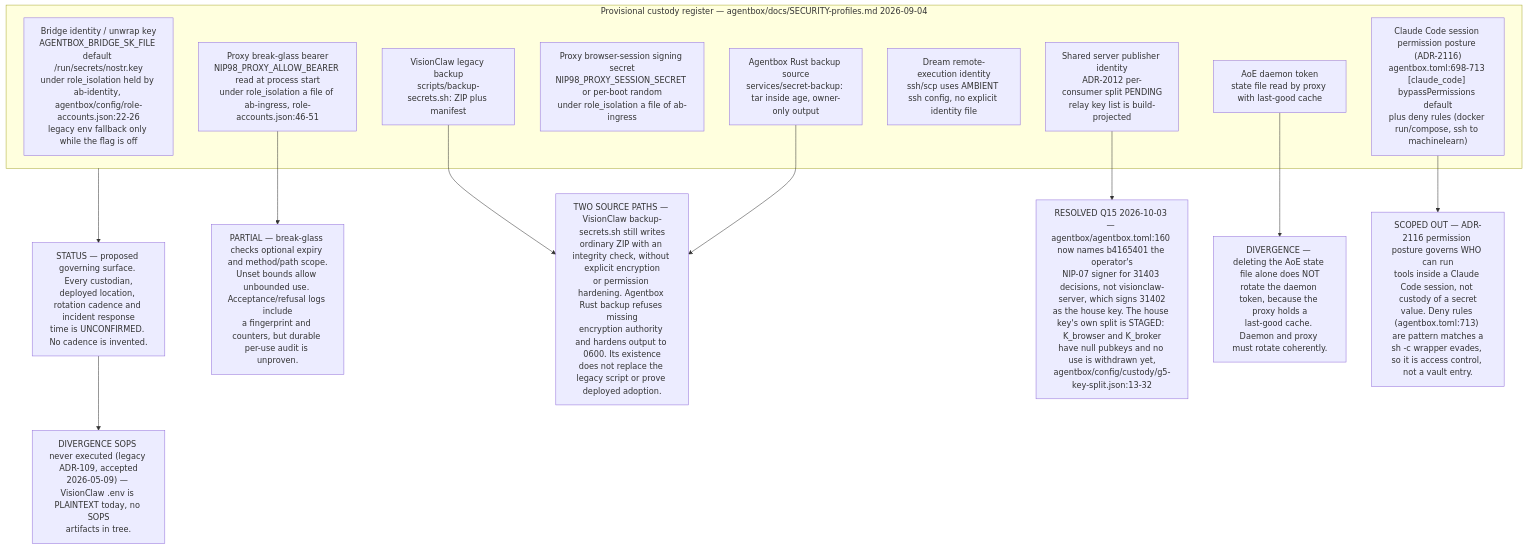
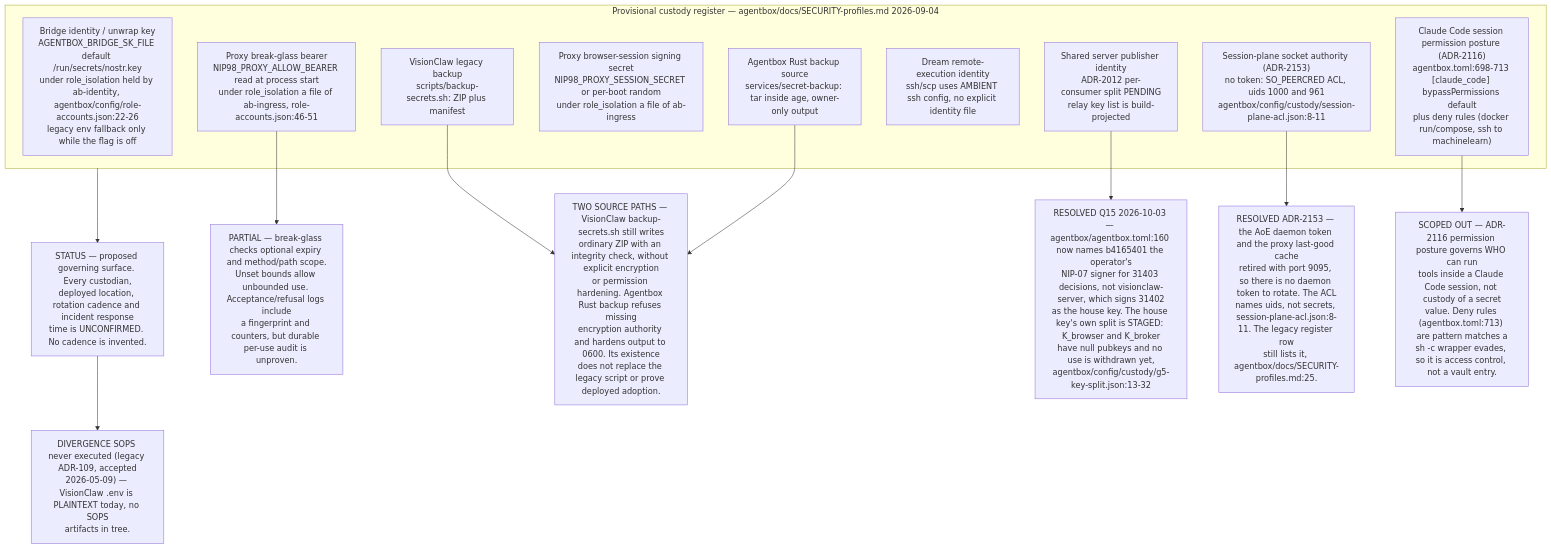
The ninth of 11 diagrams in docs/diagrams/estate/10-deployment-and-security-profiles.md (DreamLab-AI/VisionFlow), drawn with Mermaid before and after one commit. The commit also changed other lines of this file and 145 other files, not shown here.

````diff
--- a/docs/diagrams/estate/10-deployment-and-security-profiles.md
+++ b/docs/diagrams/estate/10-deployment-and-security-profiles.md
@@ -361,30 +362,30 @@
 ```mermaid
 flowchart TB
     subgraph reg["Provisional custody register — agentbox/docs/SECURITY-profiles.md 2026-09-04"]
         C1["Bridge identity / unwrap key<br/>AGENTBOX_BRIDGE_SK_FILE default /run/secrets/nostr.key<br/>under role_isolation held by ab-identity, agentbox/config/role-accounts.json:22-26<br/>legacy env fallback only while the flag is off"]
         C2["Shared server publisher identity<br/>ADR-2012 per-consumer split PENDING<br/>relay key list is build-projected"]
         C3["Proxy break-glass bearer<br/>NIP98_PROXY_ALLOW_BEARER read at process start<br/>under role_isolation a file of ab-ingress, role-accounts.json:46-51"]
         C4["Proxy browser-session signing secret<br/>NIP98_PROXY_SESSION_SECRET or per-boot random<br/>under role_isolation a file of ab-ingress"]
-        C5["AoE daemon token<br/>state file read by proxy with last-good cache"]
+        C5["Session-plane socket authority (ADR-2153)<br/>no token: SO_PEERCRED ACL, uids 1000 and 961<br/>agentbox/config/custody/session-plane-acl.json:8-11"]
         C6["Dream remote-execution identity<br/>ssh/scp uses AMBIENT ssh config, no explicit identity file"]
         C7["VisionClaw legacy backup<br/>scripts/backup-secrets.sh: ZIP plus manifest"]
         C8["Agentbox Rust backup source<br/>services/secret-backup: tar inside age, owner-only output"]
         C9["Claude Code session permission posture (ADR-2116)<br/>agentbox.toml:698-713 [claude_code] bypassPermissions default<br/>plus deny rules (docker run/compose, ssh to machinelearn)"]
     end
     ST["STATUS — proposed governing surface. Every custodian,<br/>deployed location, rotation cadence and incident response<br/>time is UNCONFIRMED. No cadence is invented."]
     D1["PARTIAL — break-glass checks optional expiry and method/path scope.<br/>Unset bounds allow unbounded use. Acceptance/refusal logs include<br/>a fingerprint and counters, but durable per-use audit is unproven."]
     D2["TWO SOURCE PATHS — VisionClaw backup-secrets.sh still writes<br/>ordinary ZIP with an integrity check, without explicit encryption<br/>or permission hardening. Agentbox Rust backup refuses missing<br/>encryption authority and hardens output to 0600. Its existence<br/>does not replace the legacy script or prove deployed adoption."]
     D3["RESOLVED Q15 2026-10-03 — agentbox/agentbox.toml:160 now names b4165401 the operator's<br/>NIP-07 signer for 31403 decisions, not visionclaw-server, which signs 31402<br/>as the house key. The house key's own split is STAGED: K_browser and K_broker<br/>have null pubkeys and no use is withdrawn yet,<br/>agentbox/config/custody/g5-key-split.json:13-32"]
-    D4["DIVERGENCE — deleting the AoE state file alone does NOT<br/>rotate the daemon token, because the proxy holds a<br/>last-good cache. Daemon and proxy must rotate coherently."]
+    D4["RESOLVED ADR-2153 — the AoE daemon token and the proxy last-good cache<br/>retired with port 9095, so there is no daemon token to rotate. The ACL<br/>names uids, not secrets, session-plane-acl.json:8-11. The legacy register row<br/>still lists it, agentbox/docs/SECURITY-profiles.md:25."]
     D5["DIVERGENCE SOPS never executed (legacy ADR-109, accepted<br/>2026-05-09) — VisionClaw .env is PLAINTEXT today, no SOPS<br/>artifacts in tree."]
     D6["SCOPED OUT — ADR-2116 permission posture governs WHO can run<br/>tools inside a Claude Code session, not custody of a secret<br/>value. Deny rules (agentbox.toml:713) are pattern matches a<br/>sh -c wrapper evades, so it is access control, not a vault entry."]
 
     reg --> ST
     C3 --> D1
     C7 --> D2
     C8 --> D2
     C2 --> D3
     C5 --> D4
     ST --> D5
     C9 --> D6
 ```
````
